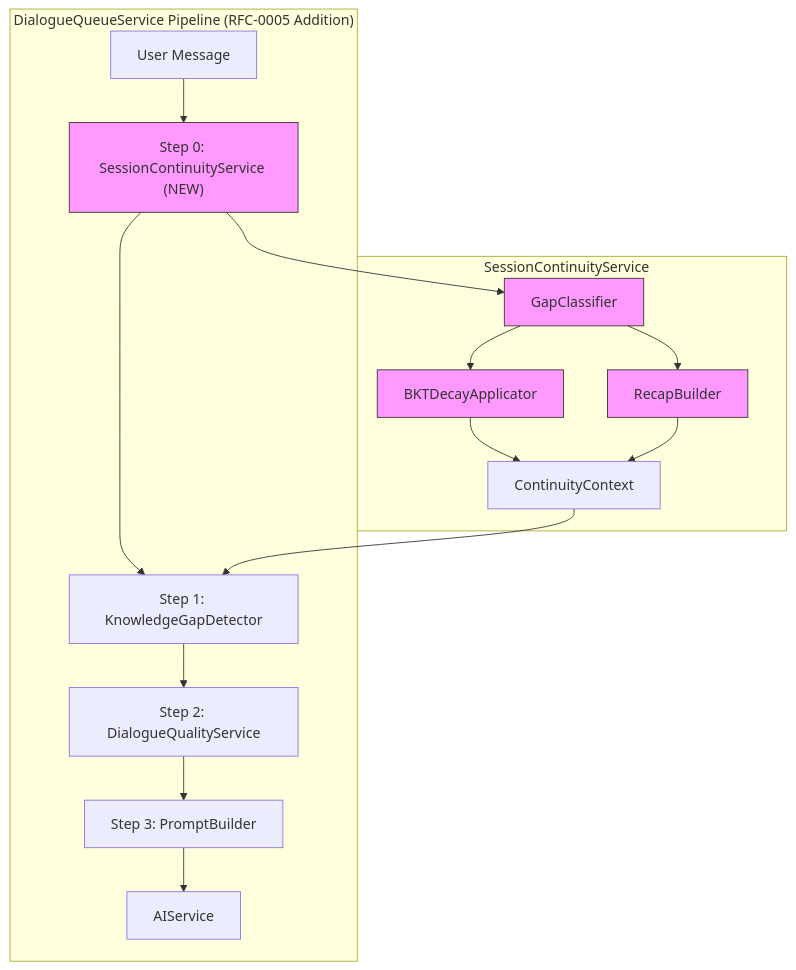
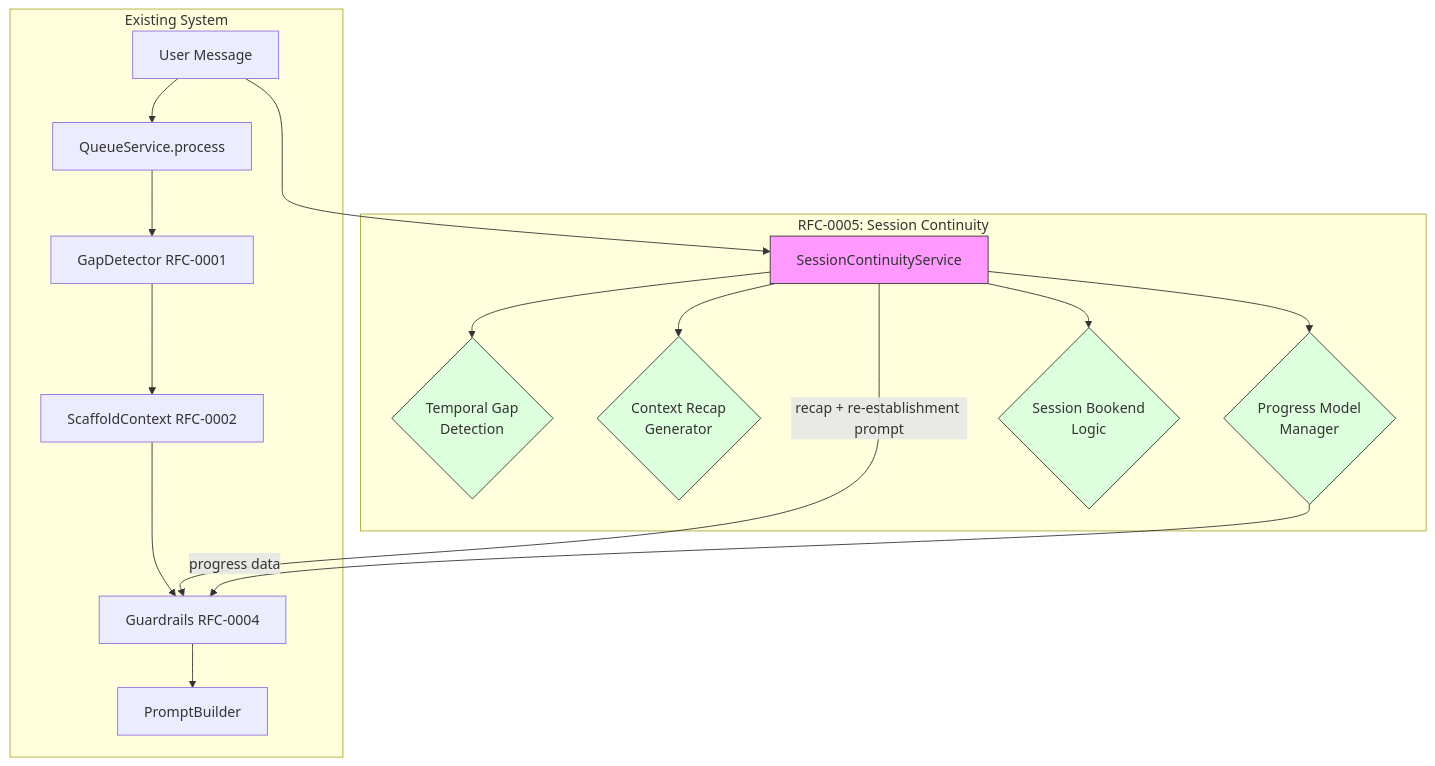
One commit to shettydev/mukti changed the first of 7 diagrams in docs/rfcs/active/rfc-0005-session-continuity-temporal-awareness/index.md. Above: the diagram before and after it, drawn with Mermaid. The commit also changed other lines of this file and 1 other file, not shown here.

First line of the commit message:
docs(rfc): Refine dialogue quality guardrails RFC

````diff
--- a/docs/rfcs/active/rfc-0005-session-continuity-temporal-awareness/index.md
+++ b/docs/rfcs/active/rfc-0005-session-continuity-temporal-awareness/index.md
@@ -105,24 +84,28 @@
 ```mermaid
 graph TB
-    subgraph "DialogueQueueService Pipeline (RFC-0005 Addition)"
-        A[User Message] --> B["Step 0: SessionContinuityService (NEW)"]
-        B --> C[Step 1: KnowledgeGapDetector]
-        C --> D[Step 2: DialogueQualityService]
-        D --> E[Step 3: PromptBuilder]
-        E --> F[AIService]
+    subgraph "Existing System"
+        A[User Message] --> B[QueueService.process]
+        B --> C[GapDetector RFC-0001]
+        C --> D[ScaffoldContext RFC-0002]
+        D --> E[Guardrails RFC-0004]
+        E --> F[PromptBuilder]
     end
 
-    subgraph "SessionContinuityService"
-        B --> G[GapClassifier]
-        G --> H[BKTDecayApplicator]
-        G --> I[RecapBuilder]
-        H --> J[ContinuityContext]
-        I --> J
-        J --> C
+    subgraph "RFC-0005: Session Continuity"
+        G[SessionContinuityService]
+        G --> H{Temporal Gap<br/>Detection}
+        G --> I{Context Recap<br/>Generator}
+        G --> J{Progress Model<br/>Manager}
+        G --> K{Session Bookend<br/>Logic}
     end
 
-    style B fill:#f9f,stroke:#333
+    A --> G
+    G -->|recap + re-establishment prompt| E
+    J -->|progress data| E
+
     style G fill:#f9f,stroke:#333
-    style H fill:#f9f,stroke:#333
-    style I fill:#f9f,stroke:#333
+    style H fill:#dfd,stroke:#333
+    style I fill:#dfd,stroke:#333
+    style J fill:#dfd,stroke:#333
+    style K fill:#dfd,stroke:#333
 ```
````
